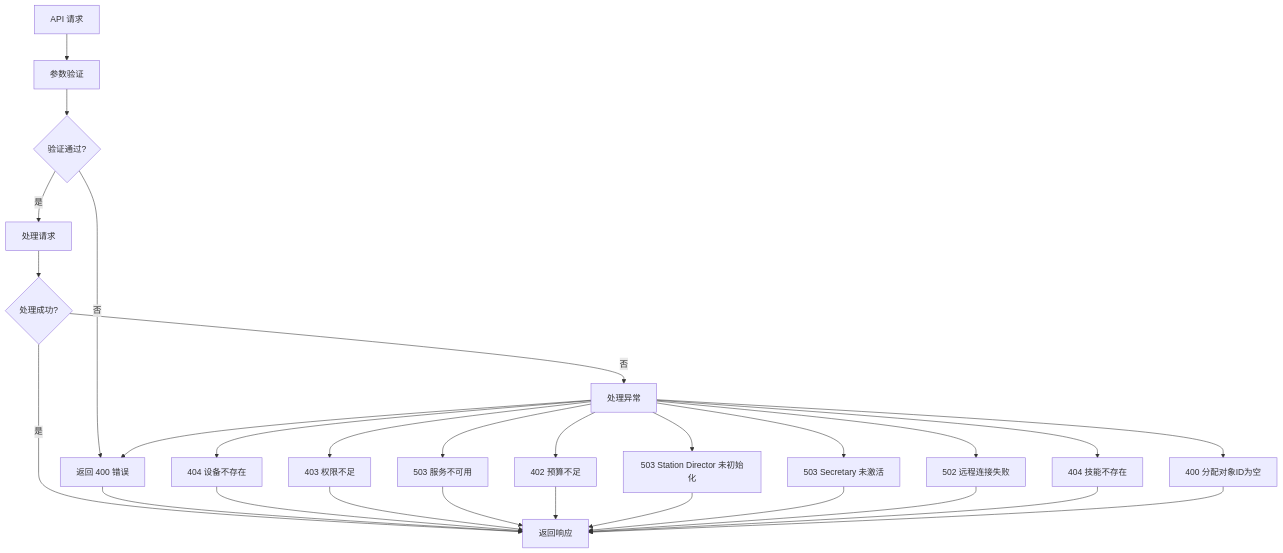
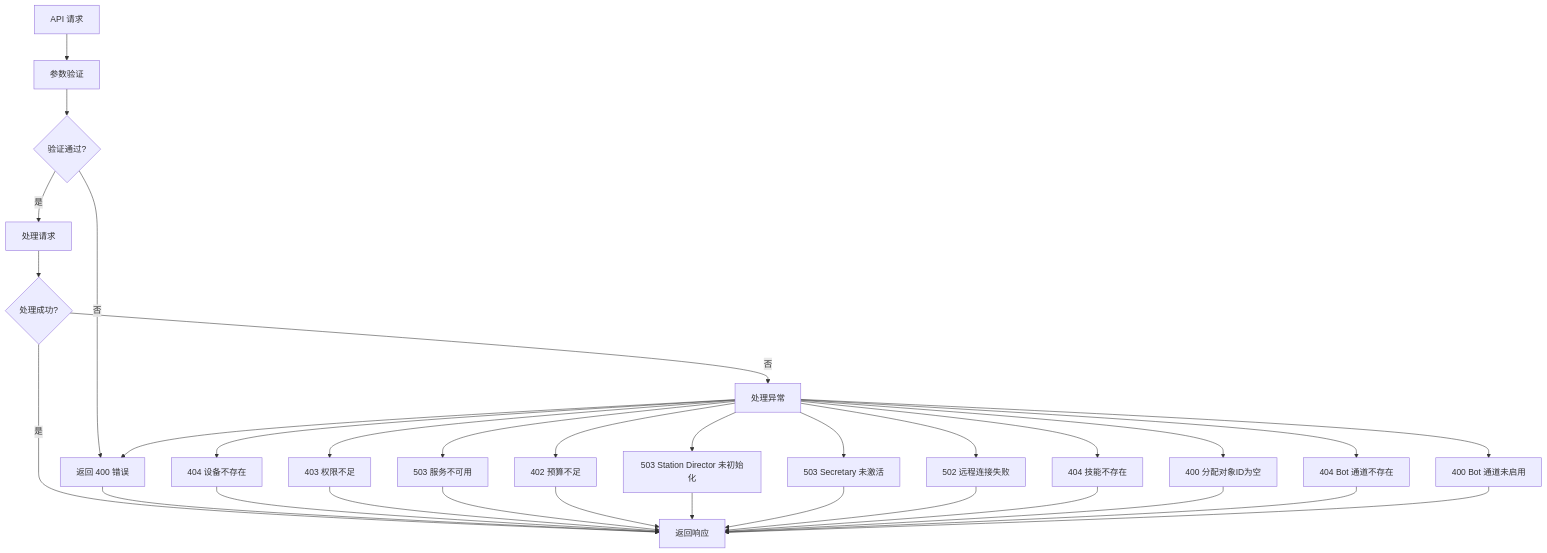
One commit to targalian/Personal-distributed-workstation changed the fifth of 5 diagrams in .qoder/repowiki/zh/content/Web API 接口/Web API 接口.md. Above: the diagram before and after it, drawn with Mermaid. The commit also changed other lines of this file and 85 other files, not shown here.

````diff
--- a/.qoder/repowiki/zh/content/Web API 接口/Web API 接口.md
+++ b/.qoder/repowiki/zh/content/Web API 接口/Web API 接口.md
@@ -1190,29 +1261,33 @@
 ```mermaid
 flowchart TD
 Request[API 请求] --> Validation[参数验证]
 Validation --> Valid{验证通过?}
 Valid --> |否| ValidationError[返回 400 错误]
 Valid --> |是| Process[处理请求]
 Process --> Success{处理成功?}
 Success --> |否| ProcessError[处理异常]
 Success --> |是| Response[返回响应]
 ProcessError --> NotFound[404 设备不存在]
 ProcessError --> Forbidden[403 权限不足]
 ProcessError --> ServiceUnavailable[503 服务不可用]
 ProcessError --> PaymentRequired[402 预算不足]
 ProcessError --> StationNotInitialized[503 Station Director 未初始化]
 ProcessError --> RoleNotActive[503 Secretary 未激活]
 ProcessError --> RemoteConnection[502 远程连接失败]
 ProcessError --> SkillNotFound[404 技能不存在]
 ProcessError --> InvalidAssignee[400 分配对象ID为空]
+ProcessError --> BotChannelNotFound[404 Bot 通道不存在]
+ProcessError --> BotChannelDisabled[400 Bot 通道未启用]
 ProcessError --> ValidationError --> Response
 NotFound --> Response
 Forbidden --> Response
 ServiceUnavailable --> Response
 PaymentRequired --> Response
 StationNotInitialized --> Response
 RoleNotActive --> Response
 RemoteConnection --> Response
 SkillNotFound --> Response
 InvalidAssignee --> Response
+BotChannelNotFound --> Response
+BotChannelDisabled --> Response
 ```
````
